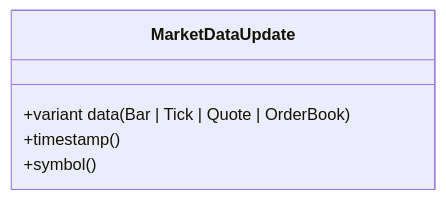
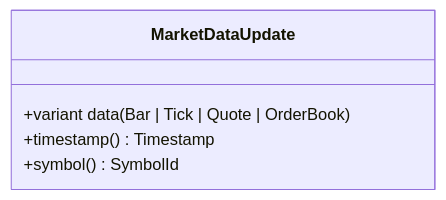
One commit to gregorian-09/regime-flow changed the first of 3 diagrams in docs/reference/broker-message-types.md. Above: the diagram before and after it, drawn with Mermaid. The commit also changed other lines of this file and 58 other files, not shown here.

````diff
--- a/docs/reference/broker-message-types.md
+++ b/docs/reference/broker-message-types.md
@@ -8,8 +23,8 @@
 ```mermaid
 classDiagram
   class MarketDataUpdate {
     +variant data (Bar | Tick | Quote | OrderBook)
-    +timestamp()
-    +symbol()
+    +timestamp() Timestamp
+    +symbol() SymbolId
   }
 ```
````
